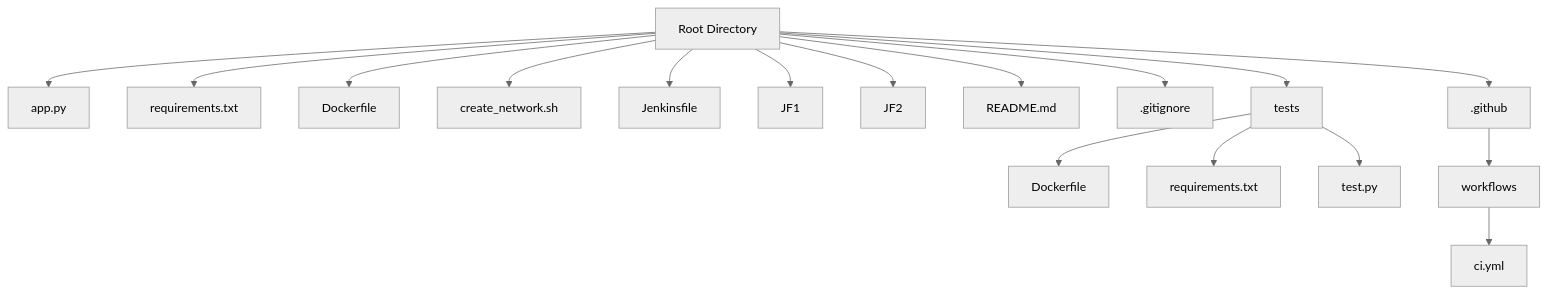
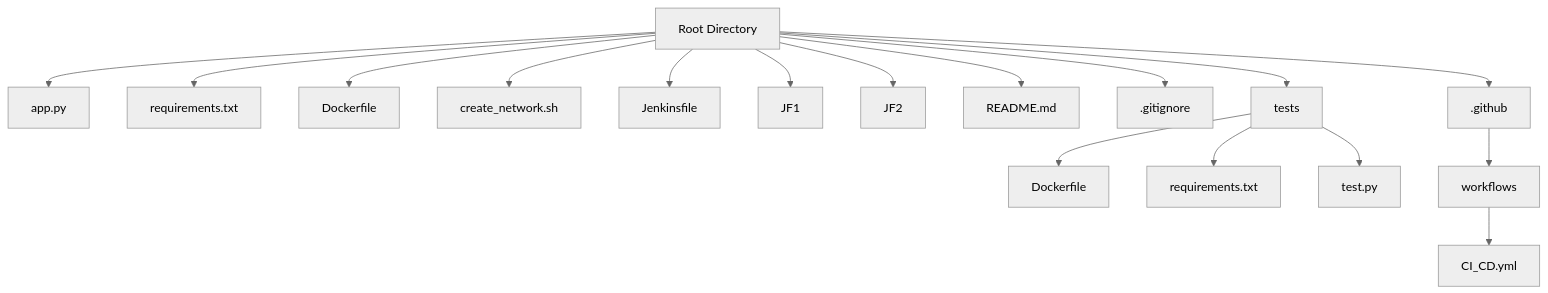
One commit to serhiiyasenev/multibranch-pipeline-project changed the first of 3 diagrams in README.md. Above: the diagram before and after it, drawn with Mermaid (neutral theme). The commit also changed other lines of this file, not shown here.

````diff
--- a/README.md
+++ b/README.md
@@ -13,20 +13,20 @@
 ```mermaid
 graph TD
   A[Root Directory]
   A --> B[app.py]
   A --> C[requirements.txt]
   A --> D[Dockerfile]
   A --> E[create_network.sh]
   A --> F[Jenkinsfile]
   A --> G[JF1]
   A --> H[JF2]
   A --> I[README.md]
   A --> J[.gitignore]
   A --> K[tests]
   A --> L[.github]
   K --> K1[Dockerfile]
   K --> K2[requirements.txt]
   K --> K3[test.py]
   L --> L1[workflows]
-  L1 --> L2[ci.yml]
+  L1 --> L2[CI_CD.yml]
 ```
````
